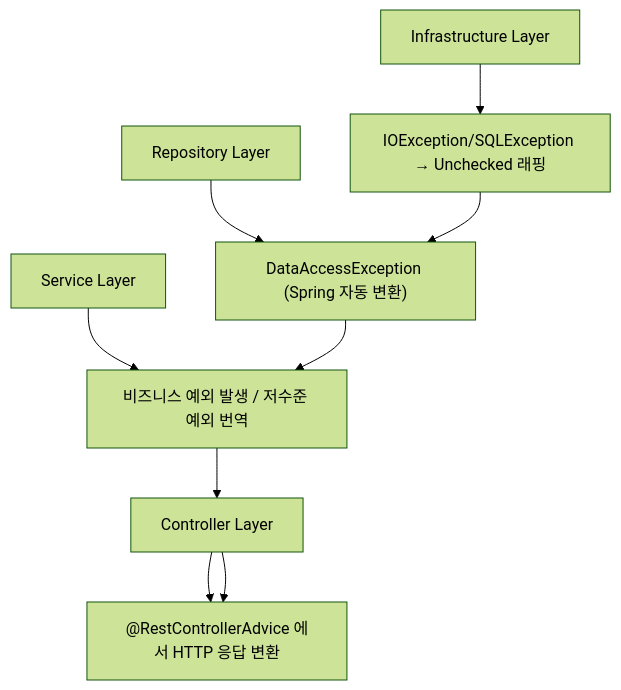
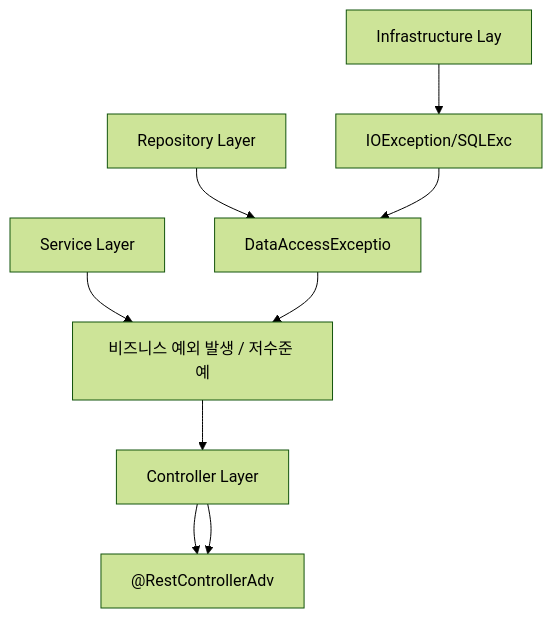
The third of 4 diagrams in _posts/java/2026-05-01-java-exception.md (yjkim2015/yjkim2015.github.io), drawn with Mermaid (forest theme) before and after one commit. The commit also changed other lines of this file and 271 other files, not shown here.

First line of the commit message:
Mermaid 라벨 축소: 긴 노드 텍스트 18자 이하로 트림 + \n 제거

````diff
--- a/_posts/java/2026-05-01-java-exception.md
+++ b/_posts/java/2026-05-01-java-exception.md
@@ -651,11 +651,11 @@
 ```mermaid
 graph TD
-    A["Controller Layer"] --> B["@RestControllerAdvice 에서 HTTP 응답 변환"]
-    C["Service Layer"] --> D["비즈니스 예외 발생 / 저수준 예외 번역"]
-    E["Repository Layer"] --> F["DataAccessException (Spring 자동 변환)"]
-    G["Infrastructure Layer"] --> H["IOException/SQLException → Unchecked 래핑"]
+    A["Controller Layer"] --> B["@RestControllerAdv"]
+    C["Service Layer"] --> D["비즈니스 예외 발생 / 저수준 예"]
+    E["Repository Layer"] --> F["DataAccessExceptio"]
+    G["Infrastructure Lay"] --> H["IOException/SQLExc"]
     H --> F
     F --> D
     D --> A
     A --> B
 ```
````
